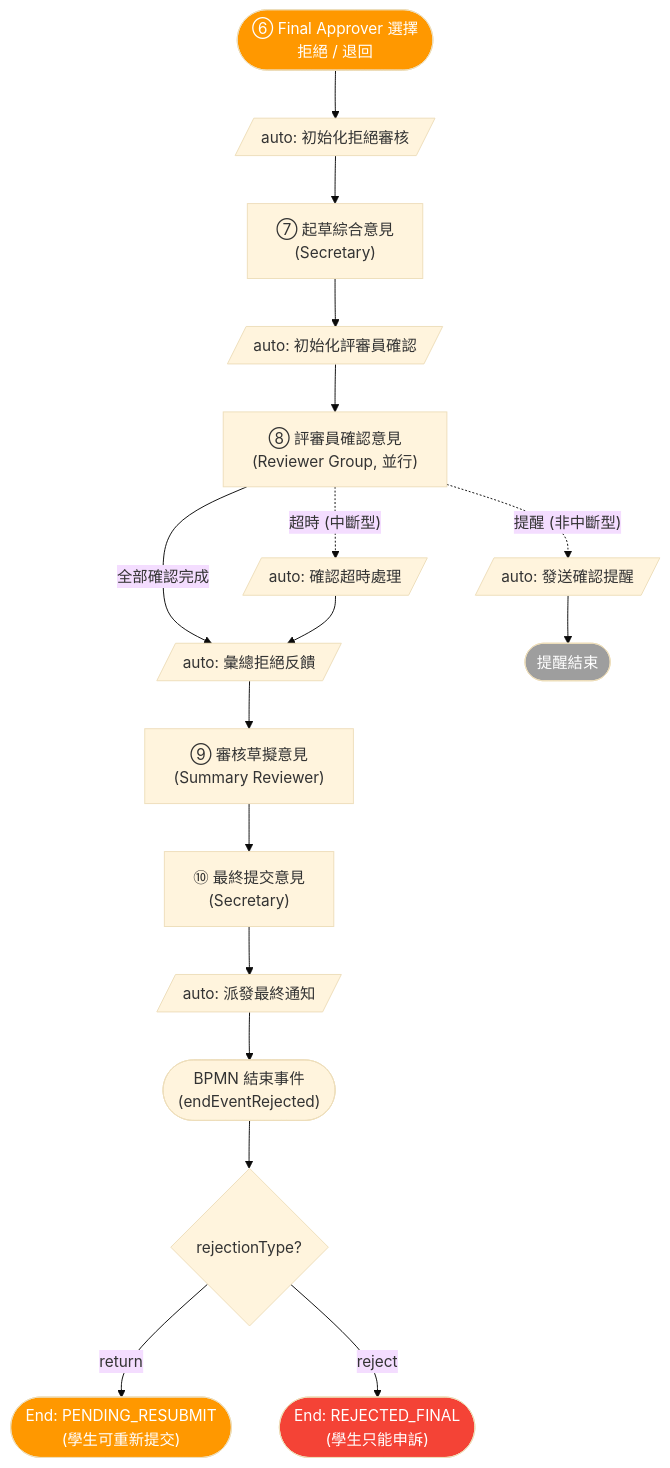
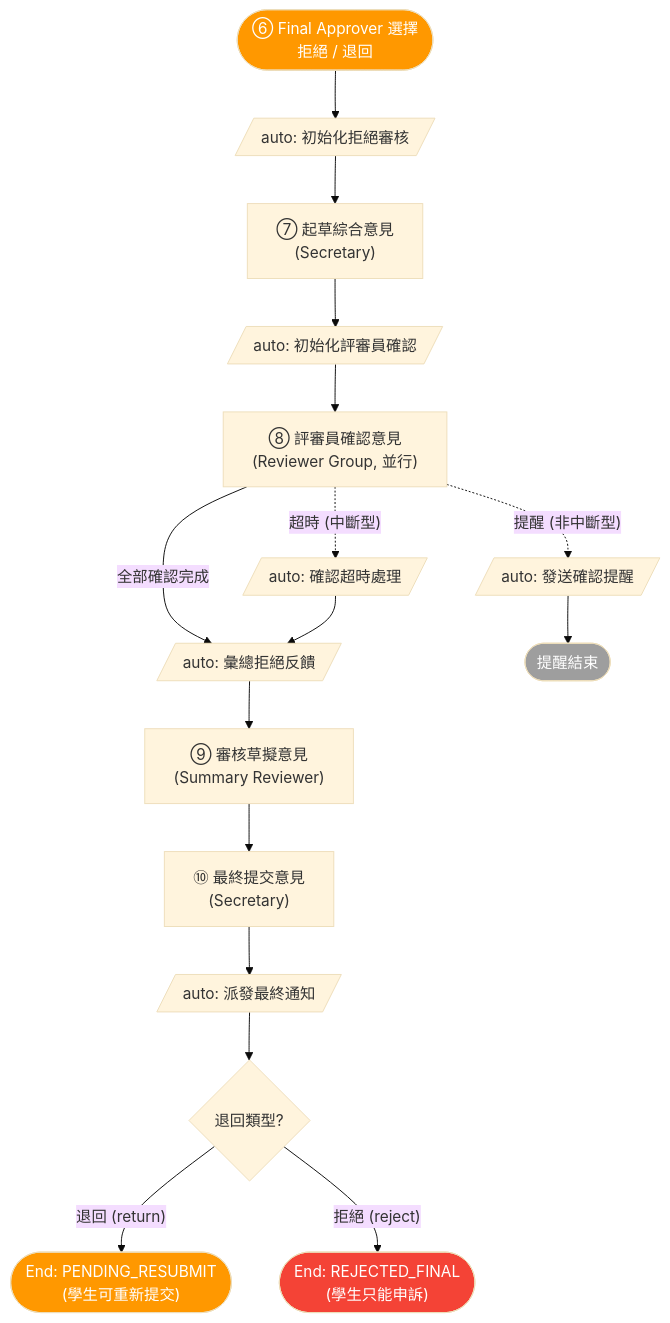
Before and after one commit to OneStar-Projects/SLAS-Docs: the second of 6 diagrams in student-org-workflow-flowcharts.md, drawn with Mermaid (base theme). The commit also changed other lines of this file and 1 other file, not shown here.

````diff
--- a/student-org-workflow-flowcharts.md
+++ b/student-org-workflow-flowcharts.md
@@ -145,33 +205,33 @@
 ```mermaid
 flowchart TD
     EntryPoint(["⑥ Final Approver 選擇<br/>拒絕 / 退回"])
     EntryPoint --> InitRejection[/"auto: 初始化拒絕審核"/]
     InitRejection --> DraftOpinion
 
     DraftOpinion["⑦ 起草綜合意見<br/>(Secretary)"]
     DraftOpinion --> InitConfirm[/"auto: 初始化評審員確認"/]
     InitConfirm --> ReviewerConfirm
 
     ReviewerConfirm["⑧ 評審員確認意見<br/>(Reviewer Group, 並行)"]
     ReviewerConfirm -->|"全部確認完成"| SummarizeFeedback
     ReviewerConfirm -.->|"超時 (中斷型)"| ConfirmTimeout[/"auto: 確認超時處理"/]
     ReviewerConfirm -.->|"提醒 (非中斷型)"| ConfirmReminder[/"auto: 發送確認提醒"/]
 
     ConfirmTimeout --> SummarizeFeedback
     ConfirmReminder --> ConfirmReminderEnd(["提醒結束"])
 
     SummarizeFeedback[/"auto: 彙總拒絕反饋"/]
     SummarizeFeedback --> SummaryReview["⑨ 審核草擬意見<br/>(Summary Reviewer)"]
     SummaryReview --> SecretaryFinalSubmit["⑩ 最終提交意見<br/>(Secretary)"]
     SecretaryFinalSubmit --> EndNotify[/"auto: 派發最終通知"/]
-    EndNotify --> EndEventRejected(["BPMN 結束事件<br/>(endEventRejected)"])
+    EndNotify --> TypeGate
 
-    EndEventRejected --> TypeGate{rejectionType?}
-    TypeGate -->|"return"| EndResubmit(["End: PENDING_RESUBMIT<br/>(學生可重新提交)"])
-    TypeGate -->|"reject"| EndRejected(["End: REJECTED_FINAL<br/>(學生只能申訴)"])
+    TypeGate{退回類型?}
+    TypeGate -->|"退回 (return)"| EndResubmit(["End: PENDING_RESUBMIT<br/>(學生可重新提交)"])
+    TypeGate -->|"拒絕 (reject)"| EndRejected(["End: REJECTED_FINAL<br/>(學生只能申訴)"])
 
     style EntryPoint fill:#FF9800,color:#fff
     style EndRejected fill:#f44336,color:#fff
     style EndResubmit fill:#FF9800,color:#fff
     style ConfirmReminderEnd fill:#9E9E9E,color:#fff
 ```
````
